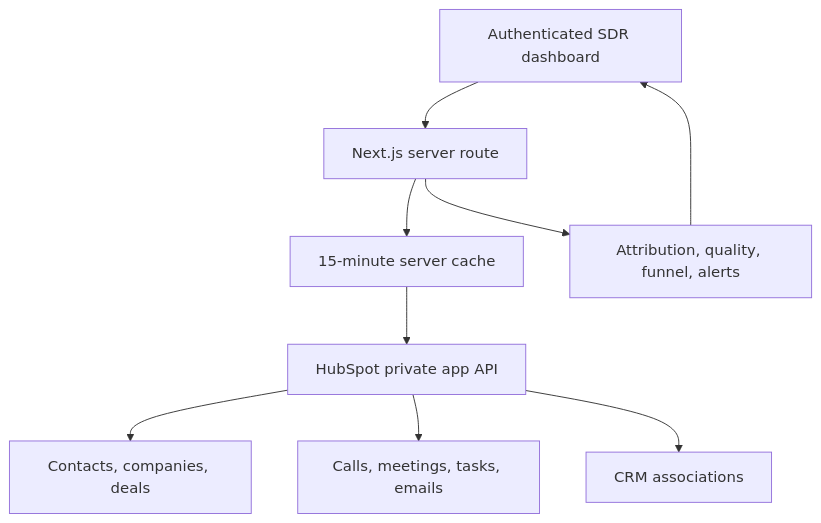
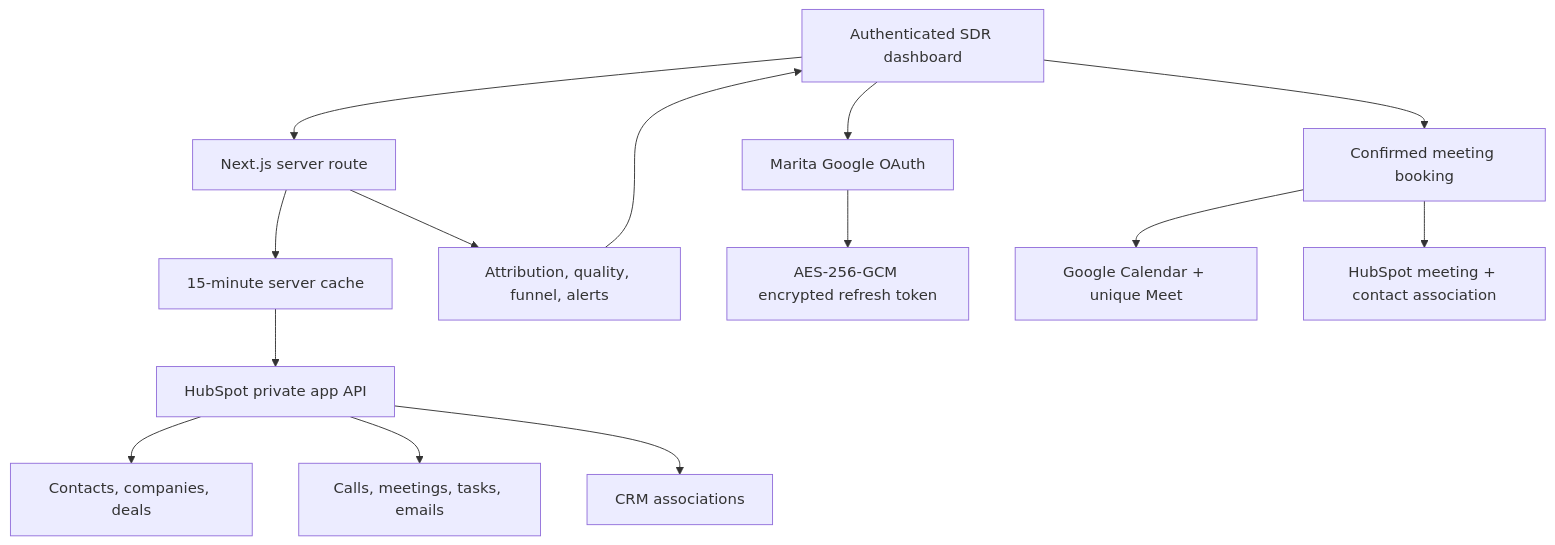
Before and after one commit to amohamed-alt/SDR-Project: the first of 2 diagrams in docs/ARCHITECTURE.md, drawn with Mermaid. The commit also changed other lines of this file, not shown here.

Commit message:
Add secure Google Calendar booking workflow

````diff
--- a/docs/ARCHITECTURE.md
+++ b/docs/ARCHITECTURE.md
@@ -3,11 +3,16 @@
 ```mermaid
 flowchart TD
     UI["Authenticated SDR dashboard"] --> API["Next.js server route"]
     API --> Cache["15-minute server cache"]
     Cache --> HS["HubSpot private app API"]
     HS --> CRM["Contacts, companies, deals"]
     HS --> ENG["Calls, meetings, tasks, emails"]
     HS --> ASSOC["CRM associations"]
     API --> AGG["Attribution, quality, funnel, alerts"]
     AGG --> UI
+    UI --> OAUTH["Marita Google OAuth"]
+    OAUTH --> TOKENS["AES-256-GCM encrypted refresh token"]
+    UI --> BOOK["Confirmed meeting booking"]
+    BOOK --> GCAL["Google Calendar + unique Meet"]
+    BOOK --> HSM["HubSpot meeting + contact association"]
 ```
````
